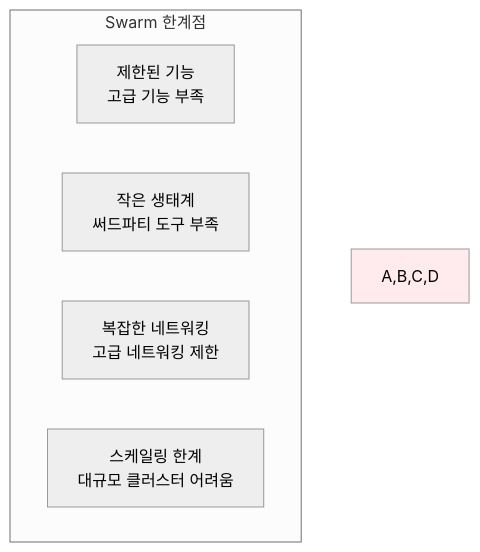
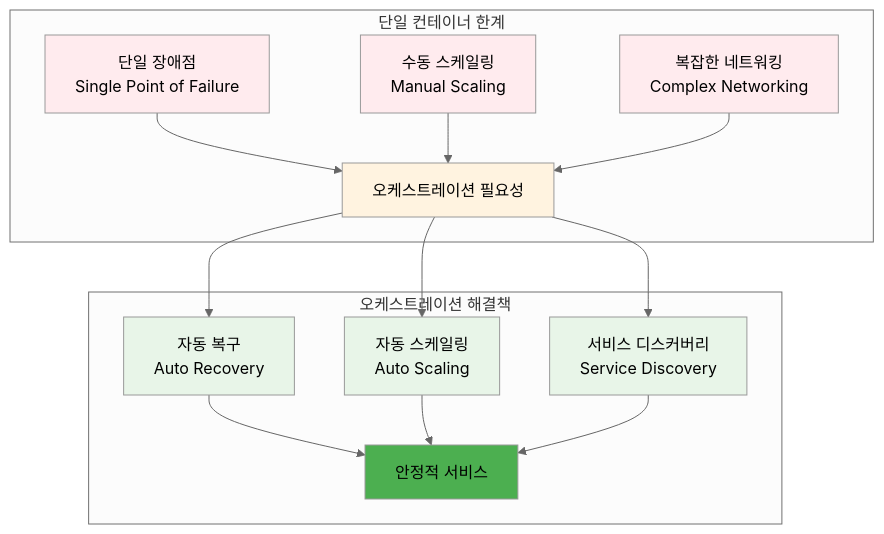
Before and after one commit to niceguy61/kdt_devops_lecture_2025: the first of 3 diagrams in theory/week_02/day4/session_3.md, drawn with Mermaid (neutral theme). The commit also changed other lines of this file and 27 other files, not shown here.

````diff
--- a/theory/week_02/day4/session_3.md
+++ b/theory/week_02/day4/session_3.md
@@ -89,11 +27,27 @@
 ```mermaid
 graph TB
-    subgraph "Swarm 한계점"
-        A[제한된 기능<br/>고급 기능 부족]
-        B[작은 생태계<br/>써드파티 도구 부족]
-        C[복잡한 네트워킹<br/>고급 네트워킹 제한]
-        D[스케일링 한계<br/>대규모 클러스터 어려움]
+    subgraph "단일 컨테이너 한계"
+        A[단일 장애점<br/>Single Point of Failure] --> D[오케스트레이션 필요성]
+        B[수동 스케일링<br/>Manual Scaling] --> D
+        C[복잡한 네트워킹<br/>Complex Networking] --> D
     end
     
-    style A,B,C,D fill:#ffebee
+    subgraph "오케스트레이션 해결책"
+        E[자동 복구<br/>Auto Recovery] --> F[안정적 서비스]
+        G[자동 스케일링<br/>Auto Scaling] --> F
+        H[서비스 디스커버리<br/>Service Discovery] --> F
+    end
+    
+    D --> E
+    D --> G
+    D --> H
+    
+    style A fill:#ffebee
+    style B fill:#ffebee
+    style C fill:#ffebee
+    style D fill:#fff3e0
+    style E fill:#e8f5e8
+    style F fill:#4caf50
+    style G fill:#e8f5e8
+    style H fill:#e8f5e8
 ```
````
